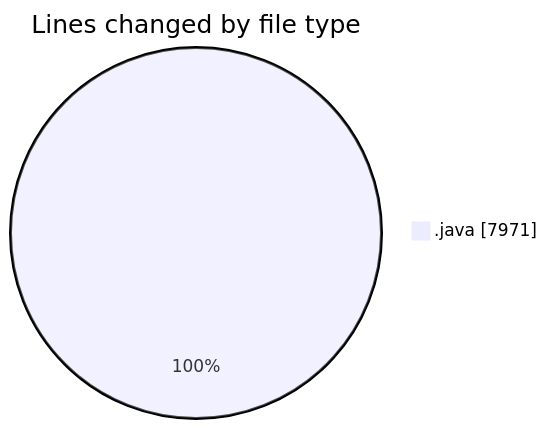
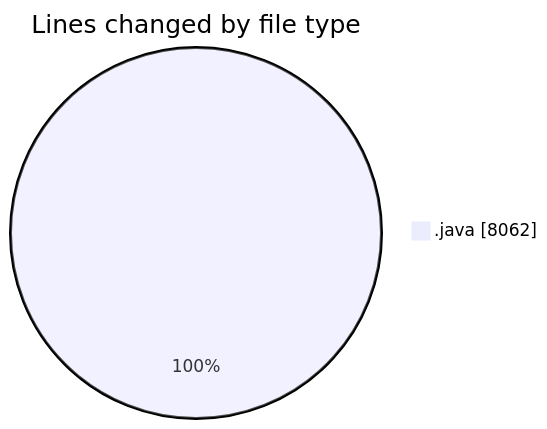
Before and after one commit to ricardozamudiocil/code-tracking: the first of 2 diagrams in 2026-03-12/cilapp/README.md, drawn with Mermaid. The commit also changed other lines of this file and 1 other file, not shown here.

````diff
--- a/2026-03-12/cilapp/README.md
+++ b/2026-03-12/cilapp/README.md
@@ -24,5 +24,5 @@
 ```mermaid
 pie showData
 title Lines changed by file type
-".java" : 7971
+".java" : 8062
 ```
````
